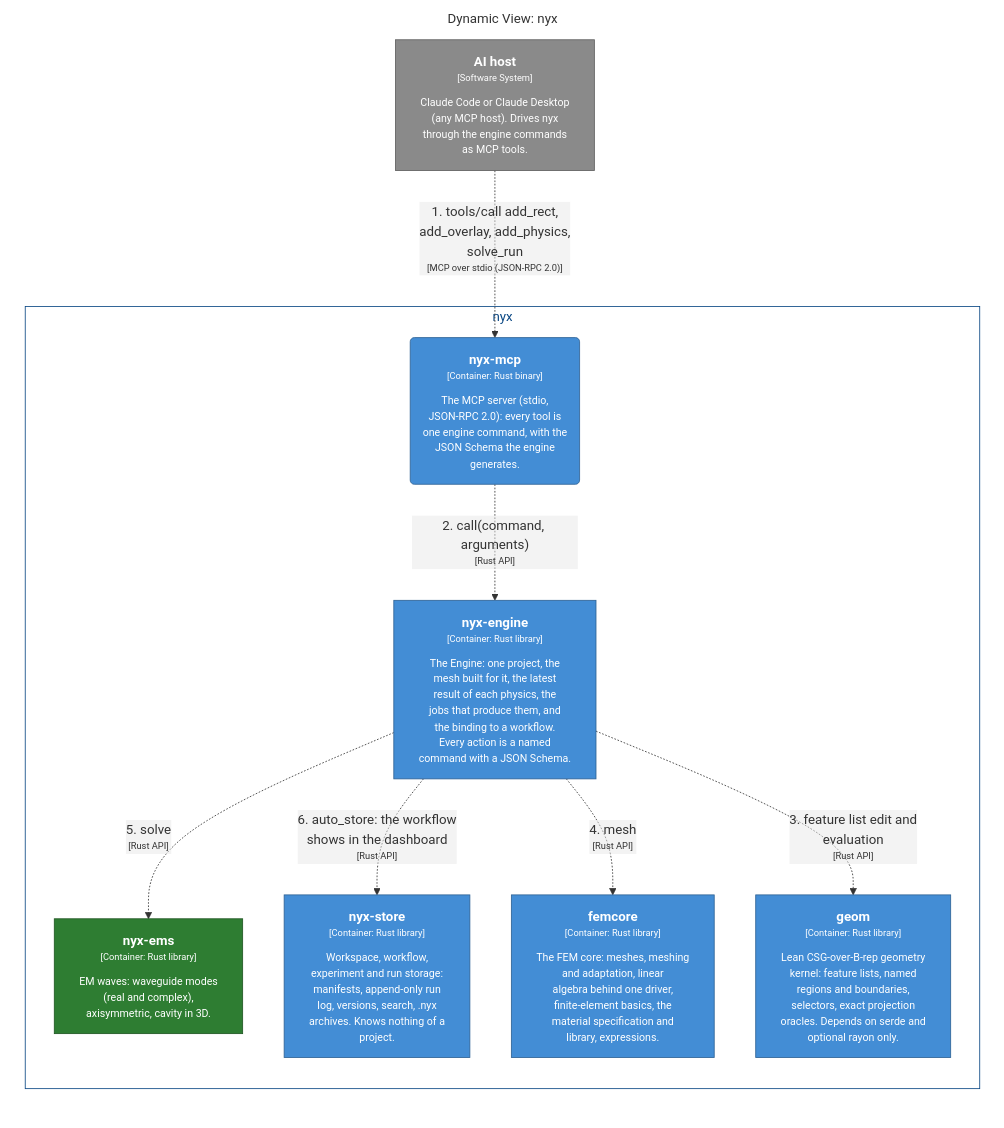
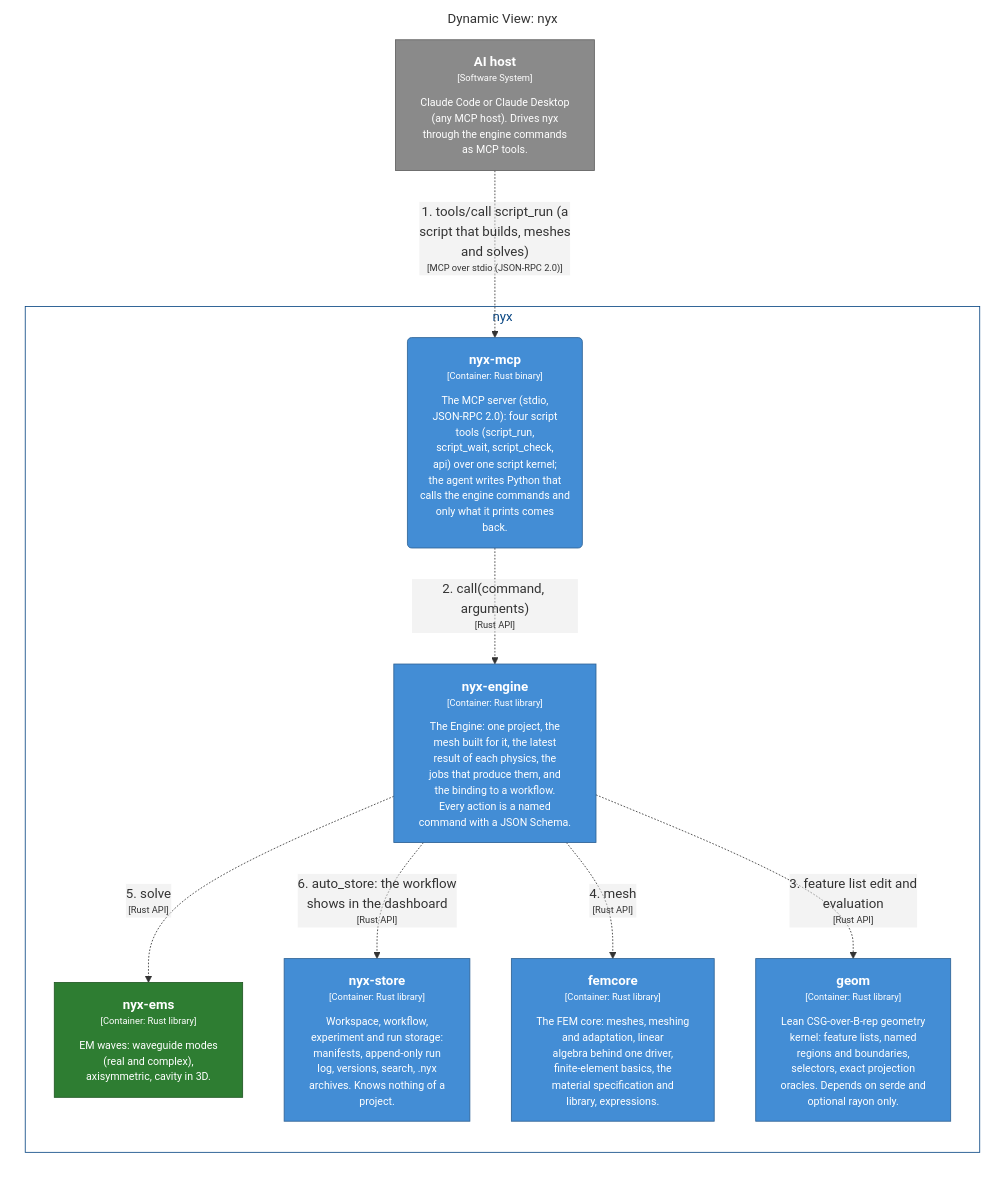
The diagram in docs/architecture/c4/export/mermaid/structurizr-AICommand.mmd (p-j-r/nyx), drawn with Mermaid before and after one commit. The commit also changed 93 other files, not shown here.

```diff
--- a/docs/architecture/c4/export/mermaid/structurizr-AICommand.mmd
+++ b/docs/architecture/c4/export/mermaid/structurizr-AICommand.mmd
@@ -1,34 +1,34 @@
 graph LR
   linkStyle default fill:#ffffff
 
   subgraph diagram ["Dynamic View: nyx"]
     style diagram fill:#ffffff,stroke:#ffffff
 
     subgraph 5 ["nyx"]
       style 5 fill:#ffffff,stroke:#0b4884,color:#0b4884
 
-      108["<div style='font-weight: bold'>geom</div><div style='font-size: 70%; margin-top: 0px'>[Container: Rust library]</div><div style='font-size: 80%; margin-top:10px'>Lean CSG-over-B-rep geometry<br />kernel: feature lists, named<br />regions and boundaries,<br />selectors, exact projection<br />oracles. Depends on serde and<br />optional rayon only.</div>"]
-      style 108 fill:#438dd5,stroke:#2e6295,color:#ffffff
-      13("<div style='font-weight: bold'>nyx-mcp</div><div style='font-size: 70%; margin-top: 0px'>[Container: Rust binary]</div><div style='font-size: 80%; margin-top:10px'>The MCP server (stdio,<br />JSON-RPC 2.0): every tool is<br />one engine command, with the<br />JSON Schema the engine<br />generates.</div>")
+      109["<div style='font-weight: bold'>geom</div><div style='font-size: 70%; margin-top: 0px'>[Container: Rust library]</div><div style='font-size: 80%; margin-top:10px'>Lean CSG-over-B-rep geometry<br />kernel: feature lists, named<br />regions and boundaries,<br />selectors, exact projection<br />oracles. Depends on serde and<br />optional rayon only.</div>"]
+      style 109 fill:#438dd5,stroke:#2e6295,color:#ffffff
+      13("<div style='font-weight: bold'>nyx-mcp</div><div style='font-size: 70%; margin-top: 0px'>[Container: Rust binary]</div><div style='font-size: 80%; margin-top:10px'>The MCP server (stdio,<br />JSON-RPC 2.0): four script<br />tools (script_run,<br />script_wait, script_check,<br />api) over one script kernel;<br />the agent writes Python that<br />calls the engine commands and<br />only what it prints comes<br />back.</div>")
       style 13 fill:#438dd5,stroke:#2e6295,color:#ffffff
-      27["<div style='font-weight: bold'>nyx-engine</div><div style='font-size: 70%; margin-top: 0px'>[Container: Rust library]</div><div style='font-size: 80%; margin-top:10px'>The Engine: one project, the<br />mesh built for it, the latest<br />result of each physics, the<br />jobs that produce them, and<br />the binding to a workflow.<br />Every action is a named<br />command with a JSON Schema.</div>"]
-      style 27 fill:#438dd5,stroke:#2e6295,color:#ffffff
-      61["<div style='font-weight: bold'>nyx-ems</div><div style='font-size: 70%; margin-top: 0px'>[Container: Rust library]</div><div style='font-size: 80%; margin-top:10px'>EM waves: waveguide modes<br />(real and complex),<br />axisymmetric, cavity in 3D.</div>"]
-      style 61 fill:#2e7d32,stroke:#205723,color:#ffffff
-      74["<div style='font-weight: bold'>nyx-store</div><div style='font-size: 70%; margin-top: 0px'>[Container: Rust library]</div><div style='font-size: 80%; margin-top:10px'>Workspace, workflow,<br />experiment and run storage:<br />manifests, append-only run<br />log, versions, search, .nyx<br />archives. Knows nothing of a<br />project.</div>"]
-      style 74 fill:#438dd5,stroke:#2e6295,color:#ffffff
-      83["<div style='font-weight: bold'>femcore</div><div style='font-size: 70%; margin-top: 0px'>[Container: Rust library]</div><div style='font-size: 80%; margin-top:10px'>The FEM core: meshes, meshing<br />and adaptation, linear<br />algebra behind one driver,<br />finite-element basics, the<br />material specification and<br />library, expressions.</div>"]
-      style 83 fill:#438dd5,stroke:#2e6295,color:#ffffff
+      28["<div style='font-weight: bold'>nyx-engine</div><div style='font-size: 70%; margin-top: 0px'>[Container: Rust library]</div><div style='font-size: 80%; margin-top:10px'>The Engine: one project, the<br />mesh built for it, the latest<br />result of each physics, the<br />jobs that produce them, and<br />the binding to a workflow.<br />Every action is a named<br />command with a JSON Schema.</div>"]
+      style 28 fill:#438dd5,stroke:#2e6295,color:#ffffff
+      62["<div style='font-weight: bold'>nyx-ems</div><div style='font-size: 70%; margin-top: 0px'>[Container: Rust library]</div><div style='font-size: 80%; margin-top:10px'>EM waves: waveguide modes<br />(real and complex),<br />axisymmetric, cavity in 3D.</div>"]
+      style 62 fill:#2e7d32,stroke:#205723,color:#ffffff
+      75["<div style='font-weight: bold'>nyx-store</div><div style='font-size: 70%; margin-top: 0px'>[Container: Rust library]</div><div style='font-size: 80%; margin-top:10px'>Workspace, workflow,<br />experiment and run storage:<br />manifests, append-only run<br />log, versions, search, .nyx<br />archives. Knows nothing of a<br />project.</div>"]
+      style 75 fill:#438dd5,stroke:#2e6295,color:#ffffff
+      84["<div style='font-weight: bold'>femcore</div><div style='font-size: 70%; margin-top: 0px'>[Container: Rust library]</div><div style='font-size: 80%; margin-top:10px'>The FEM core: meshes, meshing<br />and adaptation, linear<br />algebra behind one driver,<br />finite-element basics, the<br />material specification and<br />library, expressions.</div>"]
+      style 84 fill:#438dd5,stroke:#2e6295,color:#ffffff
     end
 
     2["<div style='font-weight: bold'>AI host</div><div style='font-size: 70%; margin-top: 0px'>[Software System]</div><div style='font-size: 80%; margin-top:10px'>Claude Code or Claude Desktop<br />(any MCP host). Drives nyx<br />through the engine commands<br />as MCP tools.</div>"]
     style 2 fill:#8a8a8a,stroke:#606060,color:#ffffff
 
-    2-. "<div>1. tools/call add_rect,<br />add_overlay, add_physics,<br />solve_run</div><div style='font-size: 70%'>[MCP over stdio (JSON-RPC 2.0)]</div>" .->13
-    13-. "<div>2. call(command, arguments)</div><div style='font-size: 70%'>[Rust API]</div>" .->27
-    27-. "<div>3. feature list edit and<br />evaluation</div><div style='font-size: 70%'>[Rust API]</div>" .->108
-    27-. "<div>4. mesh</div><div style='font-size: 70%'>[Rust API]</div>" .->83
-    27-. "<div>5. solve</div><div style='font-size: 70%'>[Rust API]</div>" .->61
-    27-. "<div>6. auto_store: the workflow<br />shows in the dashboard</div><div style='font-size: 70%'>[Rust API]</div>" .->74
+    2-. "<div>1. tools/call script_run (a<br />script that builds, meshes<br />and solves)</div><div style='font-size: 70%'>[MCP over stdio (JSON-RPC 2.0)]</div>" .->13
+    13-. "<div>2. call(command, arguments)</div><div style='font-size: 70%'>[Rust API]</div>" .->28
+    28-. "<div>3. feature list edit and<br />evaluation</div><div style='font-size: 70%'>[Rust API]</div>" .->109
+    28-. "<div>4. mesh</div><div style='font-size: 70%'>[Rust API]</div>" .->84
+    28-. "<div>5. solve</div><div style='font-size: 70%'>[Rust API]</div>" .->62
+    28-. "<div>6. auto_store: the workflow<br />shows in the dashboard</div><div style='font-size: 70%'>[Rust API]</div>" .->75
 
   end
```
